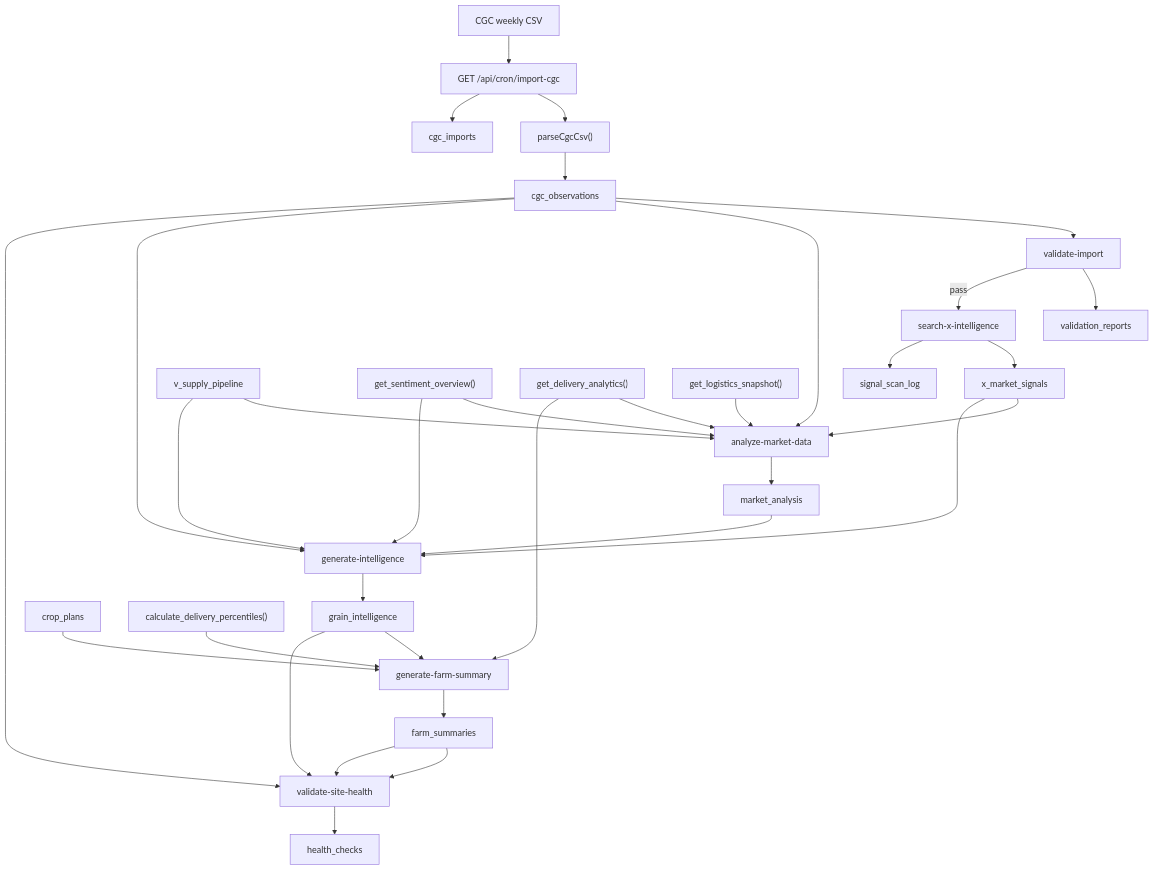
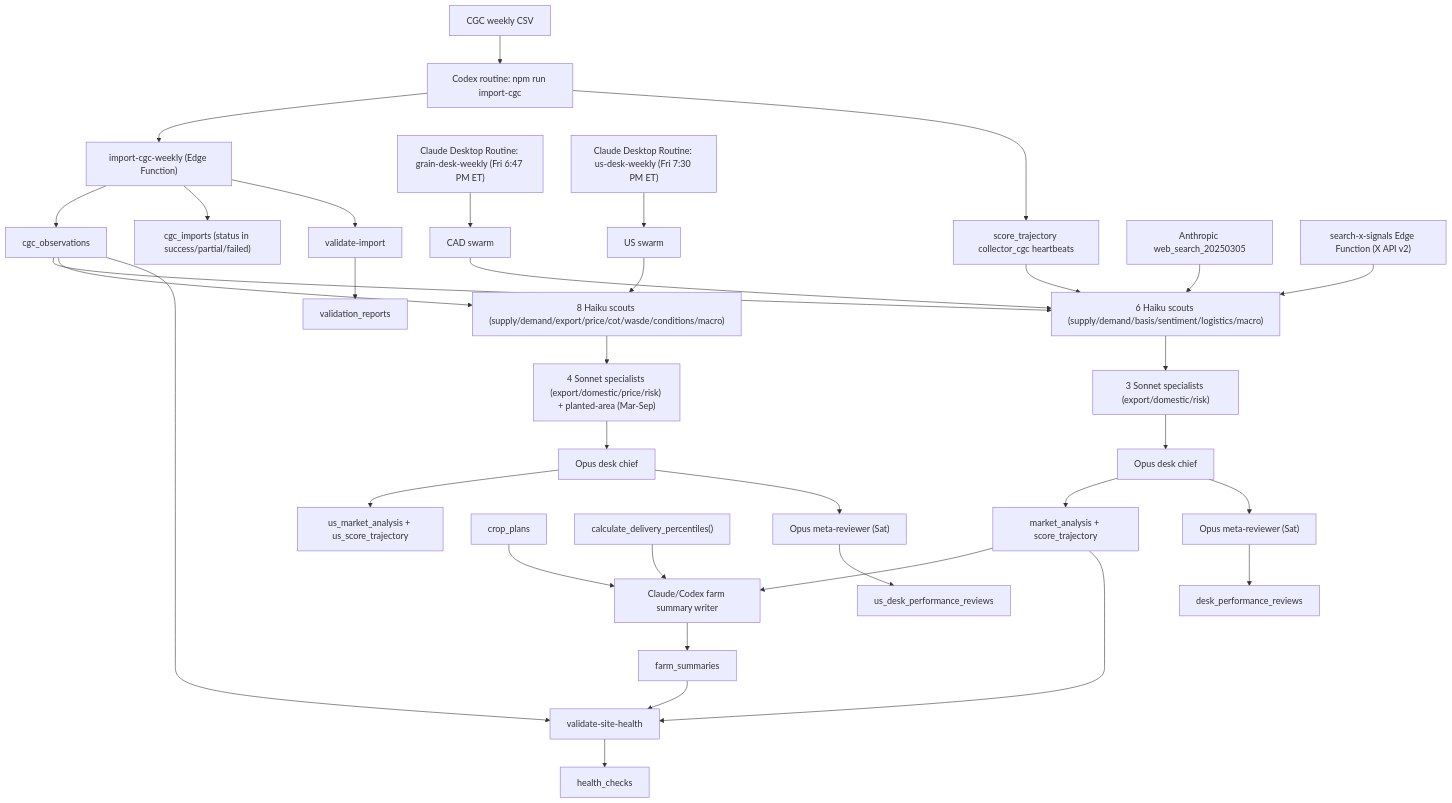
One commit to Bushels/Bushel-Board changed the second of 6 diagrams in docs/reference/data-lineage-map.md. Above: the diagram before and after it, drawn with Mermaid. The commit also changed other lines of this file and 75 other files, not shown here.

````diff
--- a/docs/reference/data-lineage-map.md
+++ b/docs/reference/data-lineage-map.md
@@ -24,40 +140,44 @@
 ```mermaid
 flowchart TD
-  A["CGC weekly CSV"] --> B["GET /api/cron/import-cgc"]
-  B --> C["parseCgcCsv()"]
+  A["CGC weekly CSV"] --> B["Codex routine: npm run import-cgc"]
+  B --> C["import-cgc-weekly (Edge Function)"]
   C --> D["cgc_observations"]
-  B --> E["cgc_imports"]
-  D --> F["validate-import"]
+  C --> E["cgc_imports (status in success/partial/failed)"]
+  C --> F["validate-import"]
   F --> G["validation_reports"]
+  B --> X["score_trajectory collector_cgc heartbeats"]
 
-  F -->|pass| H["search-x-intelligence"]
-  H --> I["x_market_signals"]
-  H --> J["signal_scan_log"]
+  H["Claude Desktop Routine: grain-desk-weekly (Fri 6:47 PM ET)"] --> I["CAD swarm"]
+  H2["Claude Desktop Routine: us-desk-weekly (Fri 7:30 PM ET)"] --> I2["US swarm"]
 
-  I --> K["analyze-market-data"]
-  D --> K
-  L["v_supply_pipeline"] --> K
-  M["get_sentiment_overview()"] --> K
-  N["get_delivery_analytics()"] --> K
-  O["get_logistics_snapshot()"] --> K
-  K --> P["market_analysis"]
+  I --> J["6 Haiku scouts (supply/demand/basis/sentiment/logistics/macro)"]
+  J --> K["3 Sonnet specialists (export/domestic/risk)"]
+  K --> L["Opus desk chief"]
+  L --> M["market_analysis + score_trajectory"]
 
-  P --> Q["generate-intelligence"]
-  I --> Q
-  D --> Q
-  L --> Q
-  M --> Q
-  Q --> R["grain_intelligence"]
+  I2 --> J2["8 Haiku scouts (supply/demand/export/price/cot/wasde/conditions/macro)"]
+  J2 --> K2["4 Sonnet specialists (export/domestic/price/risk) + planted-area (Mar-Sep)"]
+  K2 --> L2["Opus desk chief"]
+  L2 --> M2["us_market_analysis + us_score_trajectory"]
 
-  R --> S["generate-farm-summary"]
-  T["crop_plans"] --> S
-  U["calculate_delivery_percentiles()"] --> S
-  N --> S
-  S --> V["farm_summaries"]
+  D --> J
+  X --> J
+  D --> J2
+  N["Anthropic web_search_20250305"] --> J
+  O["search-x-signals Edge Function (X API v2)"] --> J
 
-  V --> W["validate-site-health"]
-  D --> W
-  R --> W
-  V --> W
-  W --> X["health_checks"]
+  M --> P["Claude/Codex farm summary writer"]
+  Q["crop_plans"] --> P
+  R["calculate_delivery_percentiles()"] --> P
+  P --> S["farm_summaries"]
+
+  S --> T["validate-site-health"]
+  D --> T
+  M --> T
+  T --> U["health_checks"]
+
+  L --> V["Opus meta-reviewer (Sat)"]
+  V --> W["desk_performance_reviews"]
+  L2 --> V2["Opus meta-reviewer (Sat)"]
+  V2 --> W2["us_desk_performance_reviews"]
 ```
````
